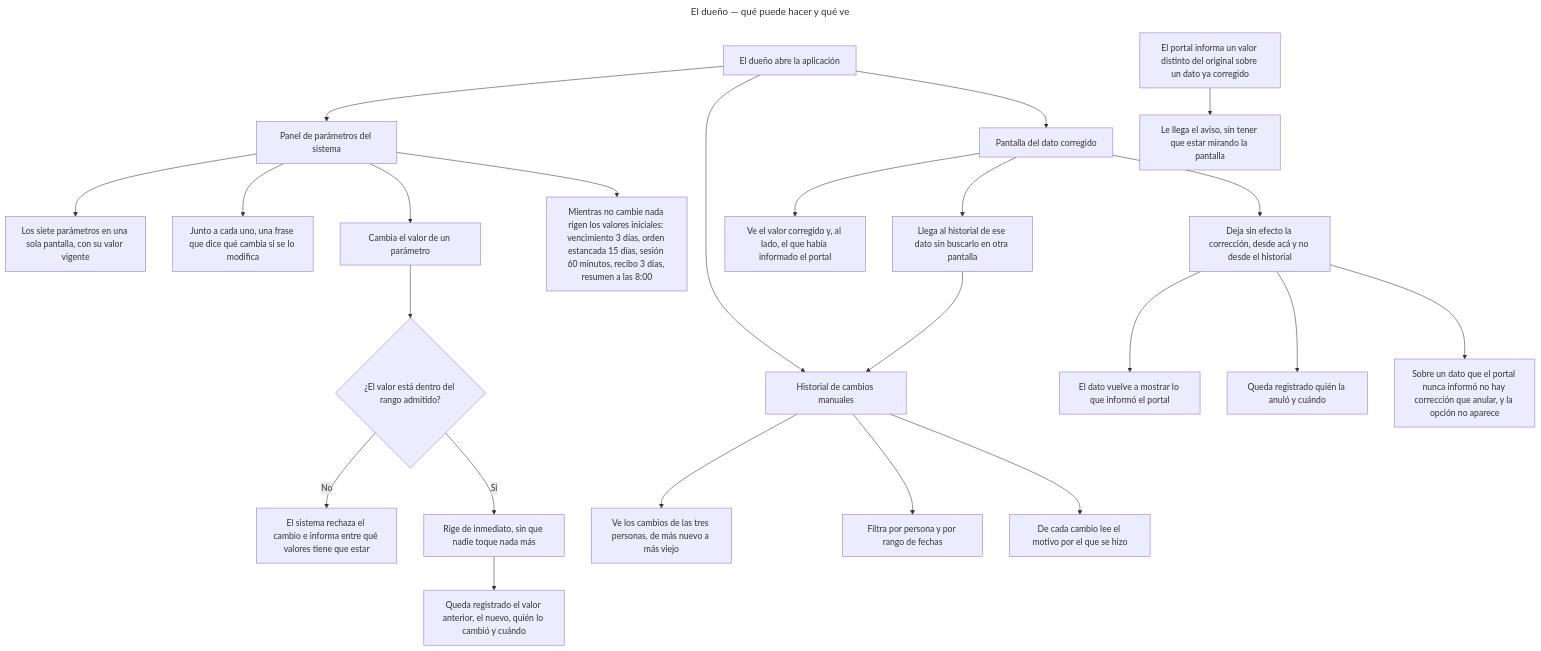
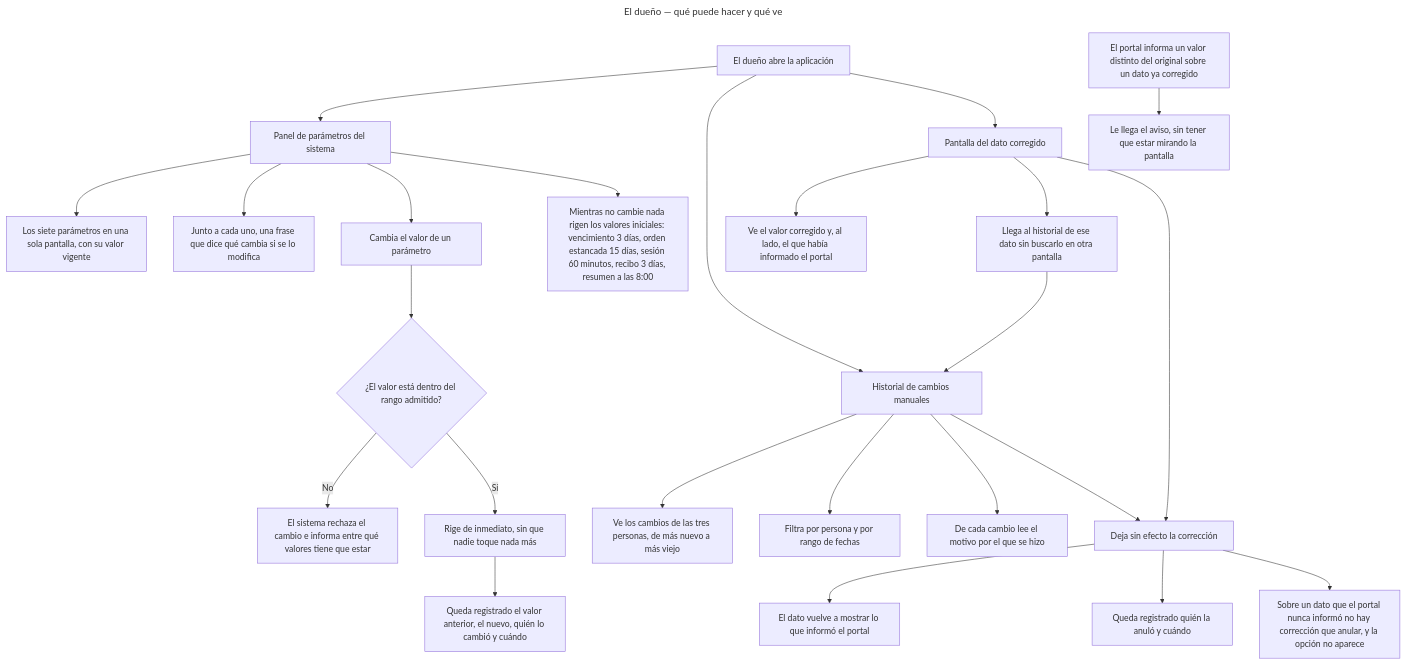
One commit to leandrocarriego/prueba-tecnica-fde-archytas changed the third of 7 diagrams in docs/specs/003-system-control/diagrams/README.md. Above: the diagram before and after it, drawn with Mermaid. The commit also changed other lines of this file and 14 other files, not shown here.

````diff
--- a/docs/specs/003-system-control/diagrams/README.md
+++ b/docs/specs/003-system-control/diagrams/README.md
@@ -101,31 +101,32 @@
 ```mermaid
 ---
 title: El dueño — qué puede hacer y qué ve
 ---
 flowchart TD
     A["El dueño abre la aplicación"] --> B["Panel de parámetros del sistema"]
     B --> C["Los siete parámetros en una sola pantalla, con su valor vigente"]
     B --> D["Junto a cada uno, una frase que dice qué cambia si se lo modifica"]
     B --> E["Cambia el valor de un parámetro"]
     E --> F{"¿El valor está dentro del rango admitido?"}
     F -- "No" --> G["El sistema rechaza el cambio e informa entre qué valores tiene que estar"]
     F -- "Sí" --> H["Rige de inmediato, sin que nadie toque nada más"]
     H --> I["Queda registrado el valor anterior, el nuevo, quién lo cambió y cuándo"]
     B --> J["Mientras no cambie nada rigen los valores iniciales: vencimiento 3 días, orden estancada 15 días, sesión 60 minutos, recibo 3 días, resumen a las 8:00"]
 
     A --> K["Historial de cambios manuales"]
     K --> L["Ve los cambios de las tres personas, de más nuevo a más viejo"]
     K --> M["Filtra por persona y por rango de fechas"]
     K --> N["De cada cambio lee el motivo por el que se hizo"]
 
     A --> U["Pantalla del dato corregido"]
     U --> V["Ve el valor corregido y, al lado, el que había informado el portal"]
     U --> K2["Llega al historial de ese dato sin buscarlo en otra pantalla"]
     K2 --> K
-    U --> O["Deja sin efecto la corrección, desde acá y no desde el historial"]
+    U --> O["Deja sin efecto la corrección"]
+    K --> O
     O --> P["El dato vuelve a mostrar lo que informó el portal"]
     O --> Q["Queda registrado quién la anuló y cuándo"]
     O --> R["Sobre un dato que el portal nunca informó no hay corrección que anular, y la opción no aparece"]
 
     S["El portal informa un valor distinto del original sobre un dato ya corregido"] --> T["Le llega el aviso, sin tener que estar mirando la pantalla"]
 ```
````
